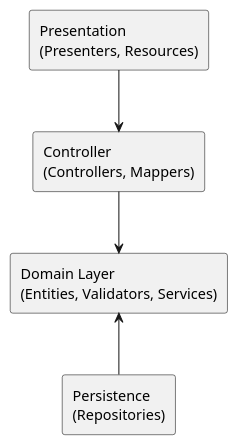
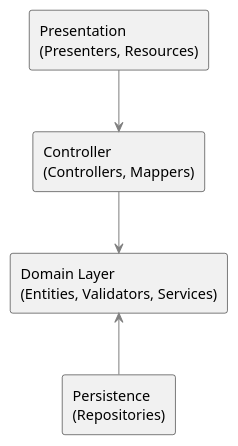
Before and after one commit to michallysak/notes: the diagram in docs/architecture.puml, drawn with PlantUML. The commit also changed 2 other files, not shown here.

```diff
--- a/docs/architecture.puml
+++ b/docs/architecture.puml
@@ -1,18 +1,25 @@
 @startuml
 skinparam rectangle {
   BorderColor Black
   FontSize 14
+}
+
+skinparam backgroundColor transparent
+
+skinparam arrow {
+  Color Grey
+  Thickness 1
 }
 
 top to bottom direction
 
 rectangle "Domain Layer\n(Entities, Validators, Services)" as DomainLayer
 rectangle "Persistence\n(Repositories)" as Persistence
 rectangle "Controller\n(Controllers, Mappers)" as Controller
 rectangle "Presentation\n(Presenters, Resources)" as Presentation
 
 Presentation --> Controller
 Controller --> DomainLayer
 Persistence -up-> DomainLayer
 
 @enduml
```
